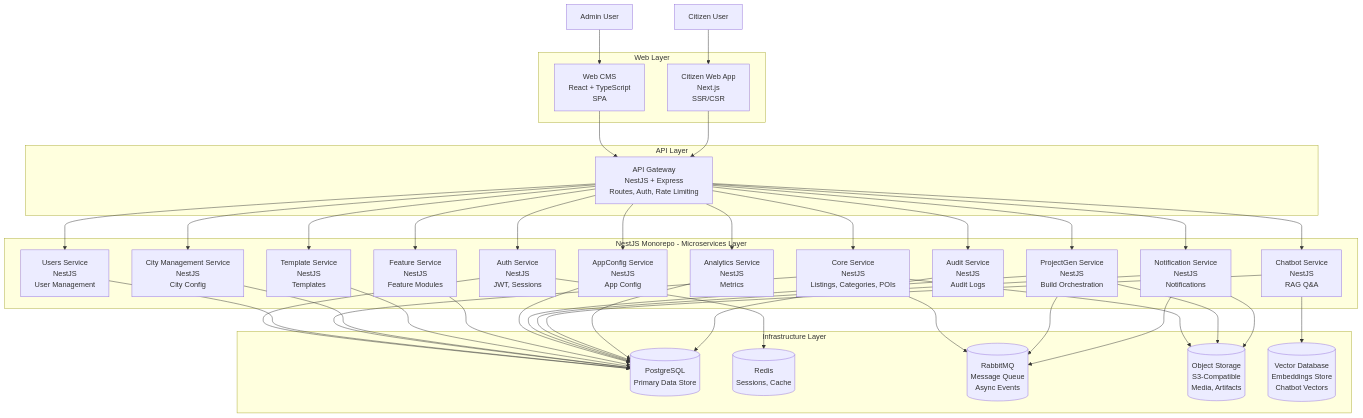
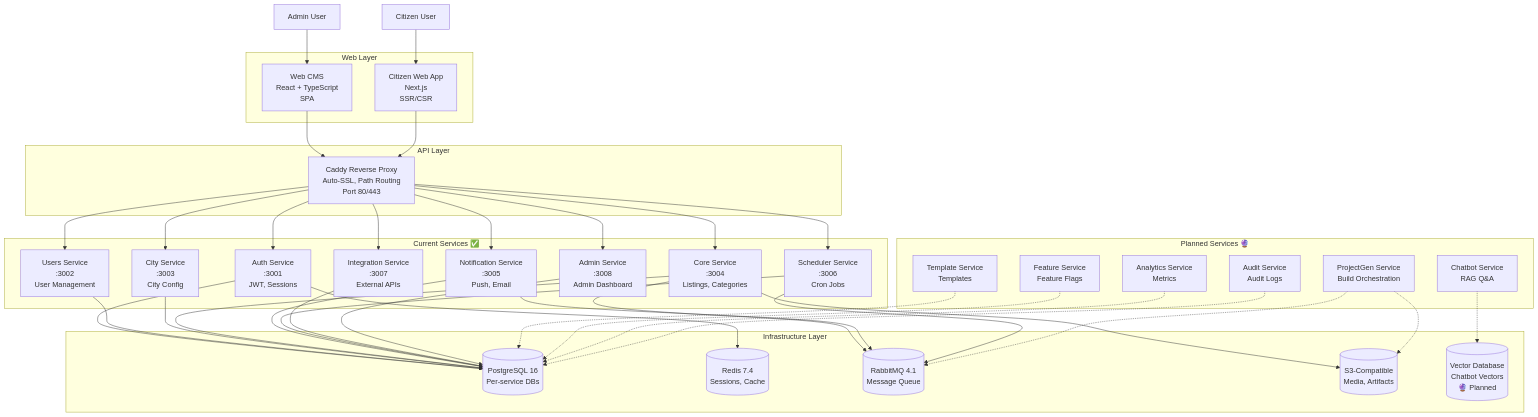
One commit to The-Heidi-Suite/heidi.microservices changed the second of 25 diagrams in docs/planned/architecture.md. Above: the diagram before and after it, drawn with Mermaid. The commit also changed other lines of this file, not shown here.

First line of the commit message:
docs: update architecture documentation for HEIDI platform

````diff
--- a/docs/planned/architecture.md
+++ b/docs/planned/architecture.md
@@ -163,77 +232,81 @@
         WebApp[Citizen Web App<br/>Next.js<br/>SSR/CSR]
     end
 
-    %% API Layer
+    %% API Layer (Caddy Reverse Proxy)
     subgraph "API Layer"
-        APIGateway[API Gateway<br/>NestJS + Express<br/>Routes, Auth, Rate Limiting]
+        Caddy[Caddy Reverse Proxy<br/>Auto-SSL, Path Routing<br/>Port 80/443]
     end
 
-    %% NestJS Monorepo Microservices
-    subgraph "NestJS Monorepo - Microservices Layer"
-        AuthService[Auth Service<br/>NestJS<br/>JWT, Sessions]
-        UsersService[Users Service<br/>NestJS<br/>User Management]
-        CoreService[Core Service<br/>NestJS<br/>Listings, Categories, POIs]
-        CityService[City Management Service<br/>NestJS<br/>City Config]
-        TemplateService[Template Service<br/>NestJS<br/>Templates]
-        FeatureService[Feature Service<br/>NestJS<br/>Feature Modules]
-        AppConfigService[AppConfig Service<br/>NestJS<br/>App Config]
-        ProjectGenService[ProjectGen Service<br/>NestJS<br/>Build Orchestration]
-        NotificationService[Notification Service<br/>NestJS<br/>Notifications]
-        ChatbotService[Chatbot Service<br/>NestJS<br/>RAG Q&A]
-        AnalyticsService[Analytics Service<br/>NestJS<br/>Metrics]
-        AuditService[Audit Service<br/>NestJS<br/>Audit Logs]
+    %% Current Services
+    subgraph "Current Services ✅"
+        AuthService[Auth Service<br/>:3001<br/>JWT, Sessions]
+        UsersService[Users Service<br/>:3002<br/>User Management]
+        CityService[City Service<br/>:3003<br/>City Config]
+        CoreService[Core Service<br/>:3004<br/>Listings, Categories]
+        NotificationService[Notification Service<br/>:3005<br/>Push, Email]
+        SchedulerService[Scheduler Service<br/>:3006<br/>Cron Jobs]
+        IntegrationService[Integration Service<br/>:3007<br/>External APIs]
+        AdminService[Admin Service<br/>:3008<br/>Admin Dashboard]
+    end
+
+    %% Planned Services
+    subgraph "Planned Services 🔮"
+        TemplateService[Template Service<br/>Templates]
+        FeatureService[Feature Service<br/>Feature Flags]
+        ProjectGenService[ProjectGen Service<br/>Build Orchestration]
+        ChatbotService[Chatbot Service<br/>RAG Q&A]
+        AnalyticsService[Analytics Service<br/>Metrics]
+        AuditService[Audit Service<br/>Audit Logs]
     end
 
     %% Infrastructure Layer
     subgraph "Infrastructure Layer"
-        Postgres[(PostgreSQL<br/>Primary Data Store)]
-        Redis[(Redis<br/>Sessions, Cache)]
-        RabbitMQ[(RabbitMQ<br/>Message Queue<br/>Async Events)]
-        S3[(Object Storage<br/>S3-Compatible<br/>Media, Artifacts)]
-        VectorDB[(Vector Database<br/>Embeddings Store<br/>Chatbot Vectors)]
+        Postgres[(PostgreSQL 16<br/>Per-service DBs)]
+        Redis[(Redis 7.4<br/>Sessions, Cache)]
+        RabbitMQ[(RabbitMQ 4.1<br/>Message Queue)]
+        S3[(S3-Compatible<br/>Media, Artifacts)]
+        VectorDB[(Vector Database<br/>Chatbot Vectors<br/>🔮 Planned)]
     end
 
     %% User connections
     AdminUser --> WebCMS
     CitizenUser --> WebApp
 
-    %% Web to API
-    WebCMS --> APIGateway
-    WebApp --> APIGateway
+    %% Web to Caddy
+    WebCMS --> Caddy
+    WebApp --> Caddy
 
-    %% API Gateway to Services
-    APIGateway --> AuthService
-    APIGateway --> UsersService
-    APIGateway --> CoreService
-    APIGateway --> CityService
-    APIGateway --> TemplateService
-    APIGateway --> FeatureService
-    APIGateway --> AppConfigService
-    APIGateway --> ProjectGenService
-    APIGateway --> NotificationService
-    APIGateway --> ChatbotService
-    APIGateway --> AnalyticsService
-    APIGateway --> AuditService
+    %% Caddy to Current Services
+    Caddy --> AuthService
+    Caddy --> UsersService
+    Caddy --> CityService
+    Caddy --> CoreService
+    Caddy --> NotificationService
+    Caddy --> SchedulerService
+    Caddy --> IntegrationService
+    Caddy --> AdminService
 
-    %% Service to Infrastructure connections
+    %% Current Service to Infrastructure
     AuthService --> Postgres
     AuthService --> Redis
     UsersService --> Postgres
+    CityService --> Postgres
     CoreService --> Postgres
     CoreService --> S3
     CoreService --> RabbitMQ
-    CityService --> Postgres
-    TemplateService --> Postgres
-    FeatureService --> Postgres
-    AppConfigService --> Postgres
-    ProjectGenService --> RabbitMQ
-    ProjectGenService --> S3
-    ProjectGenService --> Postgres
+    NotificationService --> Postgres
     NotificationService --> RabbitMQ
-    NotificationService --> S3
-    NotificationService --> Postgres
-    ChatbotService --> VectorDB
-    ChatbotService --> Postgres
-    AnalyticsService --> Postgres
-    AuditService --> Postgres
+    SchedulerService --> Postgres
+    SchedulerService --> RabbitMQ
+    IntegrationService --> Postgres
+    AdminService --> Postgres
+
+    %% Planned Service to Infrastructure (dotted conceptually)
+    TemplateService -.-> Postgres
+    FeatureService -.-> Postgres
+    ProjectGenService -.-> RabbitMQ
+    ProjectGenService -.-> S3
+    ChatbotService -.-> VectorDB
+    AnalyticsService -.-> Postgres
+    AuditService -.-> Postgres
 ```
````
